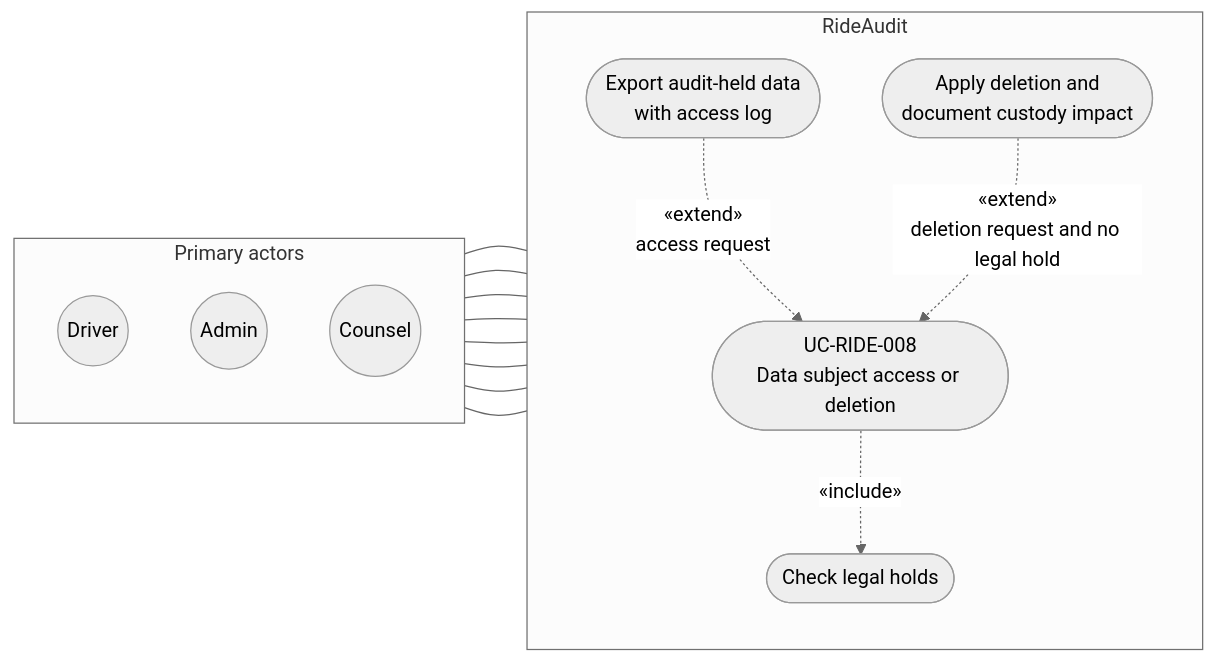
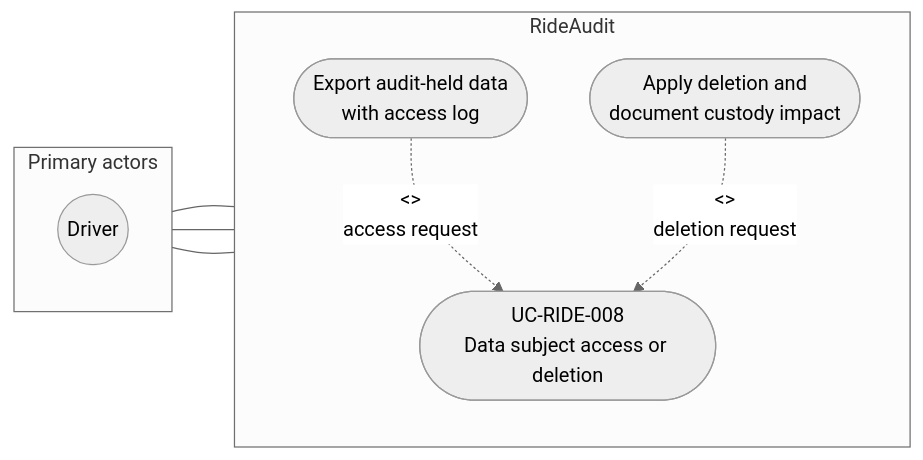
The diagram in docs/ux/use-cases/UC-RIDE-008.md (sharpninja/rideaudit), drawn with Mermaid (neutral theme) before and after one commit. The commit also changed other lines of this file and 273 other files, not shown here.

First line of the commit message:
Accuracy: kill invent mask/RBAC/legal-hold; BDPv4 FR-077/078; About UI FR-074; retire FR-038 bundle (#26)

````diff
--- a/docs/ux/use-cases/UC-RIDE-008.md
+++ b/docs/ux/use-cases/UC-RIDE-008.md
@@ -16,28 +16,19 @@
 ```mermaid
 %% UC-RIDE-008 Data subject access or deletion
 flowchart LR
   subgraph primaries["Primary actors"]
     direction TB
     A_Driver((Driver))
-    A_Admin((Admin))
-    A_Counsel((Counsel))
   end
   subgraph system["RideAudit"]
     direction TB
     UC(["UC-RIDE-008<br/>Data subject access or deletion"])
-    INC(["Check legal holds"])
     EXT1(["Export audit-held data<br/>with access log"])
     EXT2(["Apply deletion and<br/>document custody impact"])
-    UC -.->|"«include»"| INC
-    EXT1 -.->|"«extend»<br/>access request"| UC
-    EXT2 -.->|"«extend»<br/>deletion request and no legal hold"| UC
+    EXT1 -.->|"<<extend>><br/>access request"| UC
+    EXT2 -.->|"<<extend>><br/>deletion request"| UC
   end
   A_Driver --- UC
-  A_Admin --- UC
-  A_Counsel --- UC
-  A_Admin --- INC
-  A_Counsel --- INC
   A_Driver --- EXT1
-  A_Admin --- EXT1
-  A_Admin --- EXT2
+  A_Driver --- EXT2
 ```
````
